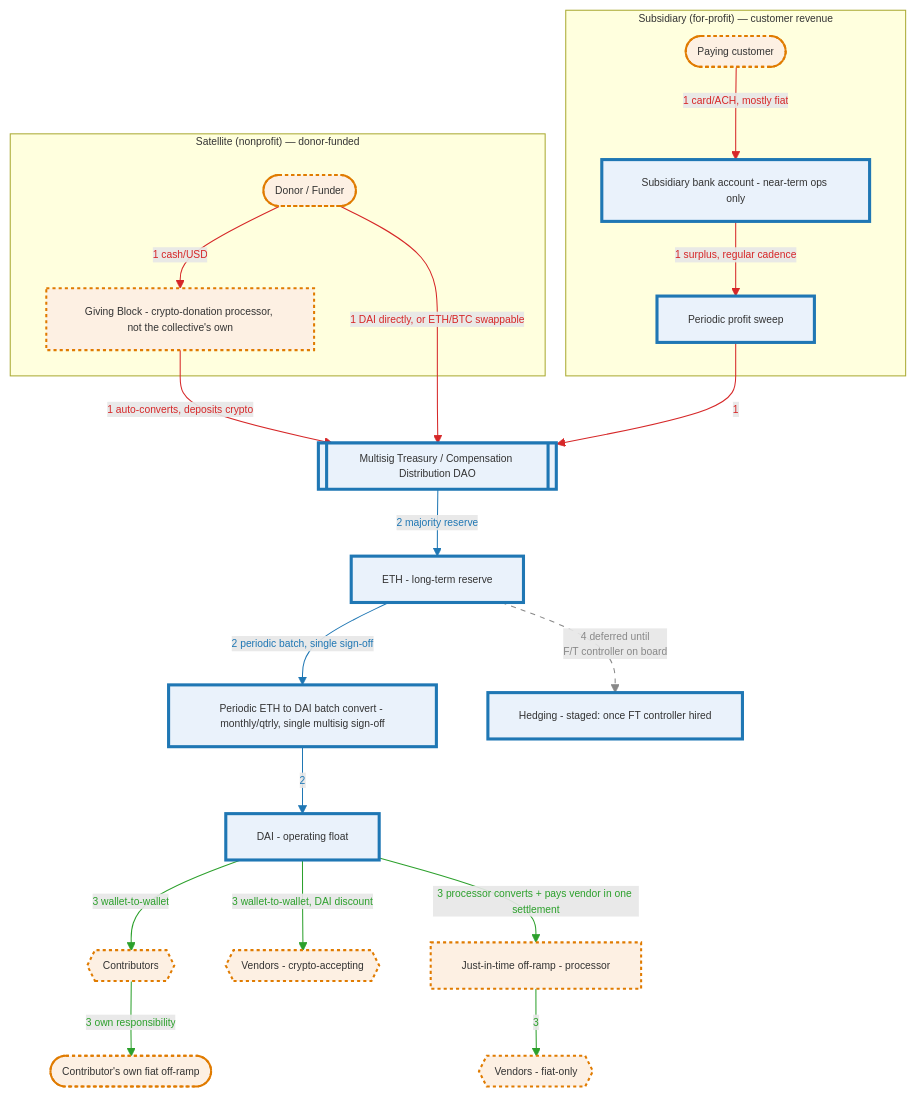
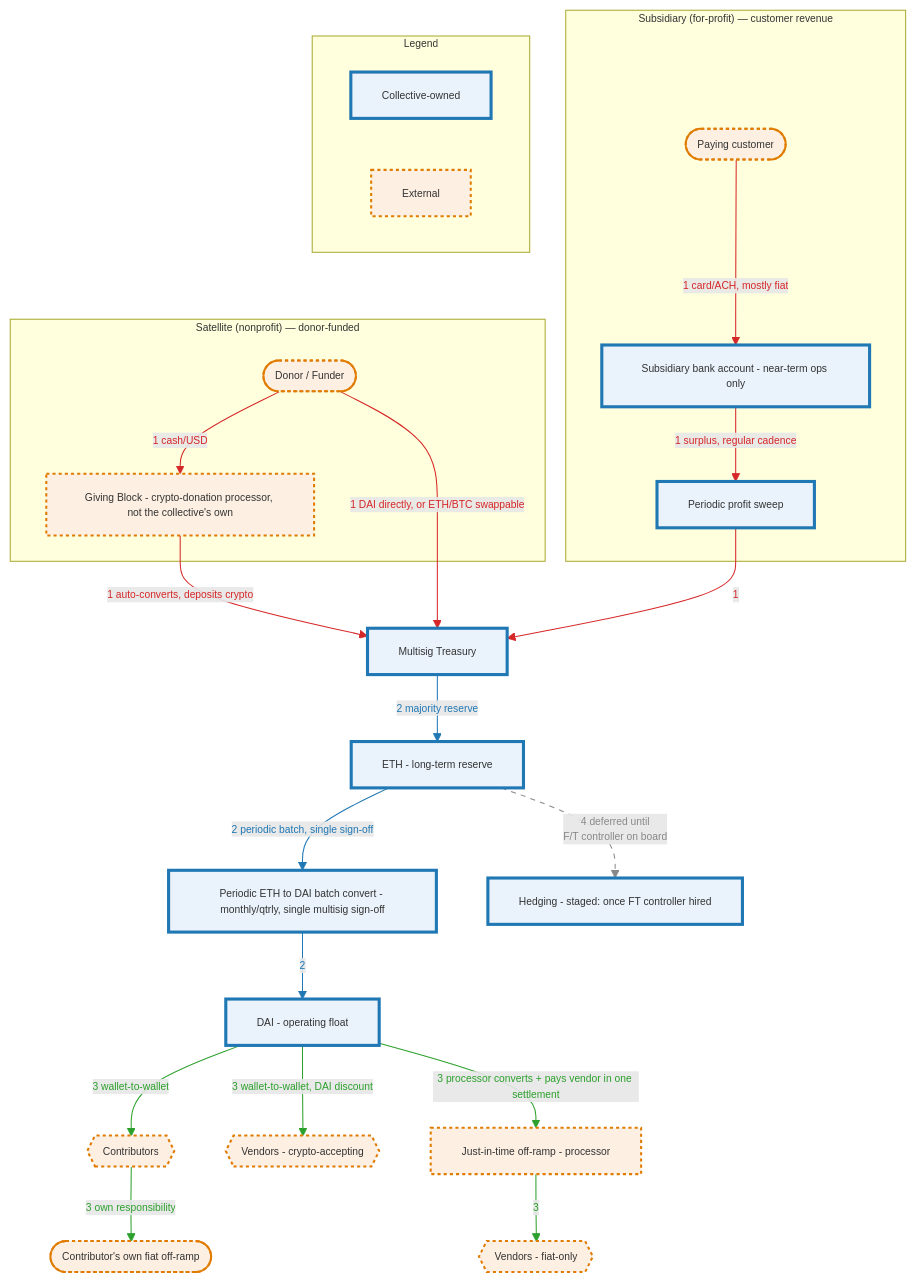
One commit to doikayt/admin changed the third of 4 diagrams in governance/commons-hub-pattern.md. Above: the diagram before and after it, drawn with Mermaid. The commit also changed other lines of this file, not shown here.

Commit message:
docs: simplify Treasury node, drop DAO conflation, add color legend
Treasury reverts to a plain rectangle labeled "Multisig Treasury" -
drops the "Compensation Distribution DAO" name, which wrongly
conflated custody (multisig) with governance (the DAO's allocation
vote, per Section 2). Adds a prose note scoping the diagram to
financial custody/execution only, and a Mermaid legend (two styled
dummy nodes) explaining the blue/orange ownership convention.

````diff
--- a/governance/commons-hub-pattern.md
+++ b/governance/commons-hub-pattern.md
@@ -880,55 +880,62 @@
 ```mermaid
 %%{init: {"themeVariables": {"fontSize": "10px"}}}%%
 flowchart TD
     subgraph SAT["Satellite (nonprofit) — donor-funded"]
         Donor([Donor / Funder])
         DonationProcessor[Giving Block - crypto-donation processor, not the collective's own]
     end
 
     subgraph SUB["Subsidiary (for-profit) — customer revenue"]
         Customer([Paying customer])
         SubBank[Subsidiary bank account - near-term ops only]
         Sweep[Periodic profit sweep]
     end
 
-    Treasury[[Multisig Treasury / Compensation Distribution DAO]]
+    Treasury[Multisig Treasury]
     BatchConvert[Periodic ETH to DAI batch convert - monthly/qtrly, single multisig sign-off]
     DAIFloat[DAI - operating float]
     ETHReserve[ETH - long-term reserve]
     Contributors{{Contributors}}
     ContribOfframp([Contributor's own fiat off-ramp])
     VendorsCrypto{{Vendors - crypto-accepting}}
     OffRampJIT[Just-in-time off-ramp - processor]
     VendorsFiat{{Vendors - fiat-only}}
     Hedge[Hedging - staged: once FT controller hired]
+
+    subgraph LEGEND["Legend"]
+        L1[Collective-owned]
+        L2[External]
+    end
 
     Donor -- "1 cash/USD" --> DonationProcessor
     DonationProcessor -- "1 auto-converts, deposits crypto" --> Treasury
     Donor -- "1 DAI directly, or ETH/BTC swappable" --> Treasury
     Customer -- "1 card/ACH, mostly fiat" --> SubBank
     SubBank -- "1 surplus, regular cadence" --> Sweep
     Sweep -- "1" --> Treasury
 
     Treasury -- "2 majority reserve" --> ETHReserve
     ETHReserve -- "2 periodic batch, single sign-off" --> BatchConvert
     BatchConvert -- "2" --> DAIFloat
 
     DAIFloat -- "3 wallet-to-wallet" --> Contributors
     Contributors -- "3 own responsibility" --> ContribOfframp
     DAIFloat -- "3 wallet-to-wallet, DAI discount" --> VendorsCrypto
     DAIFloat -- "3 processor converts + pays vendor in one settlement" --> OffRampJIT
     OffRampJIT -- "3" --> VendorsFiat
 
     ETHReserve -.->|"4 deferred until<br/>F/T controller on board"| Hedge
 
     linkStyle 0,1,2,3,4,5 stroke:#d62728,color:#d62728
     linkStyle 6,7,8 stroke:#1f77b4,color:#1f77b4
     linkStyle 9,10,11,12,13 stroke:#2ca02c,color:#2ca02c
     linkStyle 14 stroke:#888888,color:#888888,stroke-dasharray: 5 5
 
     classDef owned fill:#eaf2fb,stroke:#1f77b4,stroke-width:3px
     classDef external fill:#fdf0e3,stroke:#e07b00,stroke-width:2px,stroke-dasharray:3 3
+    class L1 owned
+    class L2 external
     class Treasury,SubBank,Sweep,BatchConvert,DAIFloat,ETHReserve,Hedge owned
     class Donor,DonationProcessor,Customer,Contributors,ContribOfframp external
     class VendorsCrypto,OffRampJIT,VendorsFiat external
 ```
````
